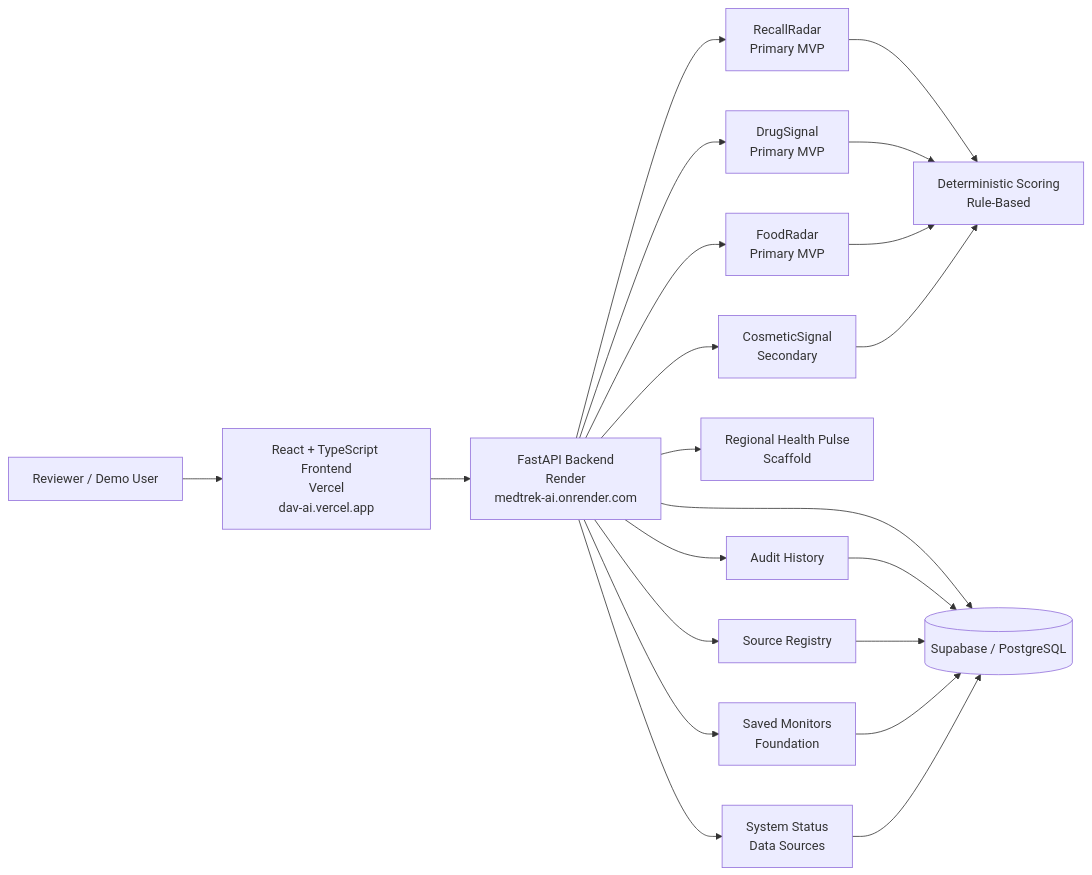
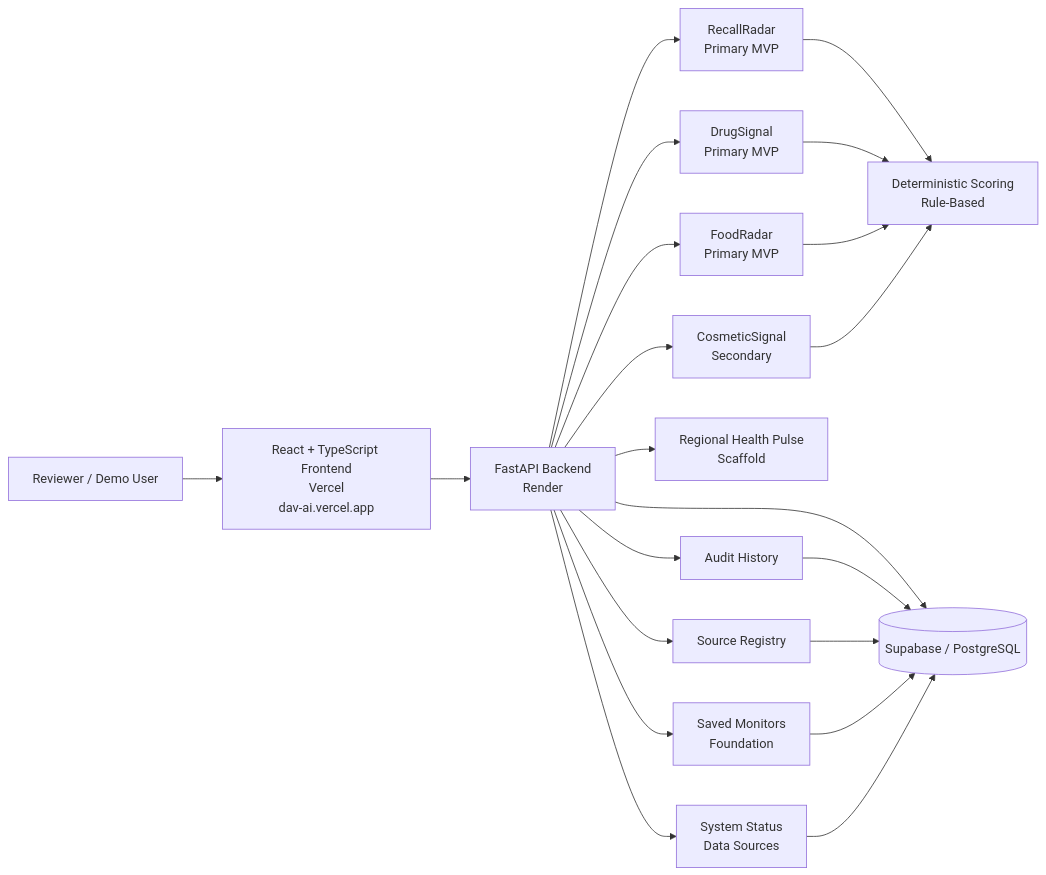
One commit to ChanduEsukula/dav-ai changed the first of 3 diagrams in docs/final_portfolio_architecture.md. Above: the diagram before and after it, drawn with Mermaid. The commit also changed other lines of this file and 31 other files, not shown here.

````diff
--- a/docs/final_portfolio_architecture.md
+++ b/docs/final_portfolio_architecture.md
@@ -70,28 +70,28 @@
 ```mermaid
 flowchart LR
     User["Reviewer / Demo User"] --> FE["React + TypeScript Frontend<br/>Vercel<br/>dav-ai.vercel.app"]
-    FE --> API["FastAPI Backend<br/>Render<br/>medtrek-ai.onrender.com"]
+    FE --> API["FastAPI Backend<br/>Render"]
 
     API --> RR["RecallRadar<br/>Primary MVP"]
     API --> DS["DrugSignal<br/>Primary MVP"]
     API --> FR["FoodRadar<br/>Primary MVP"]
 
     API --> CS["CosmeticSignal<br/>Secondary"]
     API --> RHP["Regional Health Pulse<br/>Scaffold"]
     API --> SM["Saved Monitors<br/>Foundation"]
     API --> AH["Audit History"]
     API --> SR["Source Registry"]
     API --> SYS["System Status<br/>Data Sources"]
 
     API --> DB[("Supabase / PostgreSQL")]
 
     RR --> Scores["Deterministic Scoring<br/>Rule-Based"]
     DS --> Scores
     FR --> Scores
     CS --> Scores
 
     AH --> DB
     SR --> DB
     SM --> DB
     SYS --> DB
 ```
````
